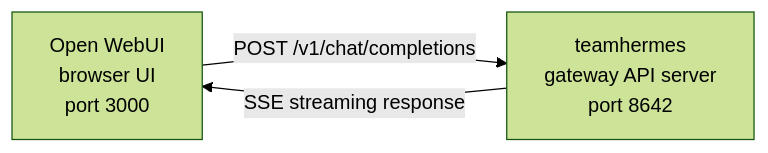
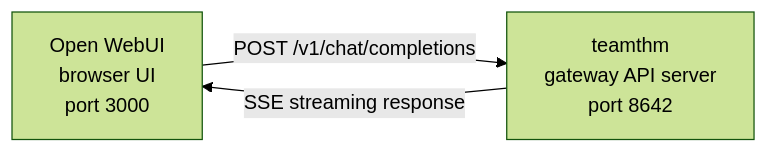
Before and after one commit to JingtaoLearn/teamhermes: the diagram in website/docs/user-guide/messaging/open-webui.md, drawn with Mermaid (forest theme). The commit also changed other lines of this file and 227 other files, not shown here.

````diff
--- a/website/docs/user-guide/messaging/open-webui.md
+++ b/website/docs/user-guide/messaging/open-webui.md
@@ -13,7 +13,7 @@
 ```mermaid
 flowchart LR
     A["Open WebUI<br/>browser UI<br/>port 3000"]
-    B["teamhermes<br/>gateway API server<br/>port 8642"]
+    B["teamthm<br/>gateway API server<br/>port 8642"]
     A -->|POST /v1/chat/completions| B
     B -->|SSE streaming response| A
 ```
````
